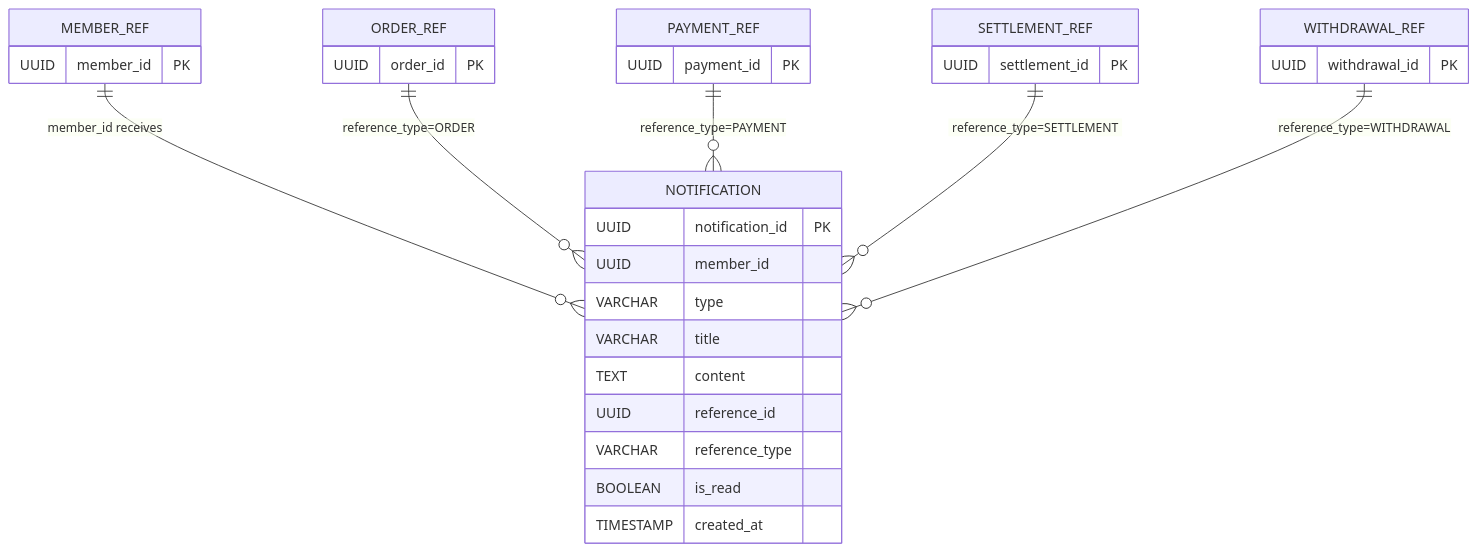
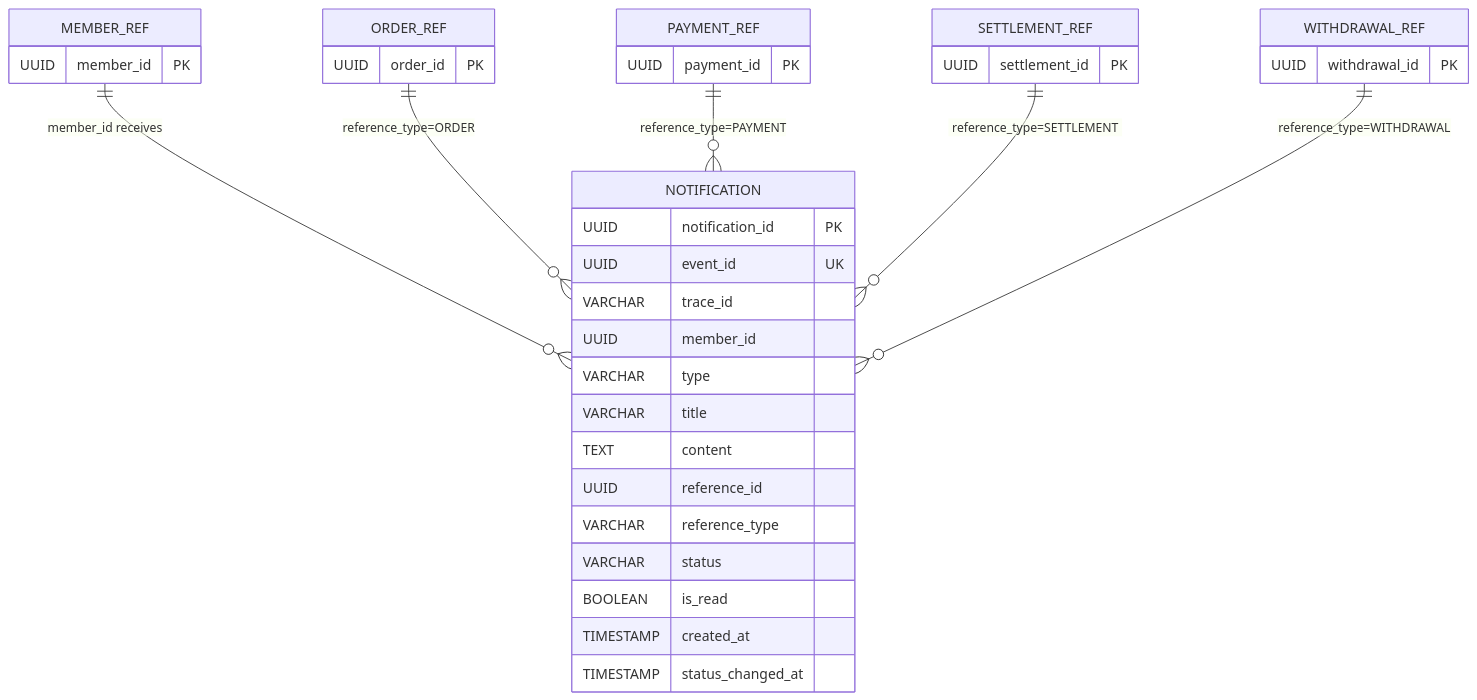
One commit to sihoney/GoodsMall_BE changed the diagram in notification/docs/ERD.md. Above: the diagram before and after it, drawn with Mermaid. The commit also changed other lines of this file and 14 other files, not shown here.

````diff
--- a/notification/docs/ERD.md
+++ b/notification/docs/ERD.md
@@ -4,40 +4,44 @@
 ```mermaid
 erDiagram
     NOTIFICATION {
         UUID notification_id PK
+        UUID event_id UK
+        VARCHAR trace_id
         UUID member_id
         VARCHAR type
         VARCHAR title
         TEXT content
         UUID reference_id
         VARCHAR reference_type
+        VARCHAR status
         BOOLEAN is_read
         TIMESTAMP created_at
+        TIMESTAMP status_changed_at
     }
 
     MEMBER_REF {
         UUID member_id PK
     }
 
     ORDER_REF {
         UUID order_id PK
     }
 
     PAYMENT_REF {
         UUID payment_id PK
     }
 
     SETTLEMENT_REF {
         UUID settlement_id PK
     }
 
     WITHDRAWAL_REF {
         UUID withdrawal_id PK
     }
 
     MEMBER_REF ||--o{ NOTIFICATION : "member_id receives"
     ORDER_REF ||--o{ NOTIFICATION : "reference_type=ORDER"
     PAYMENT_REF ||--o{ NOTIFICATION : "reference_type=PAYMENT"
     SETTLEMENT_REF ||--o{ NOTIFICATION : "reference_type=SETTLEMENT"
     WITHDRAWAL_REF ||--o{ NOTIFICATION : "reference_type=WITHDRAWAL"
 ```
````
